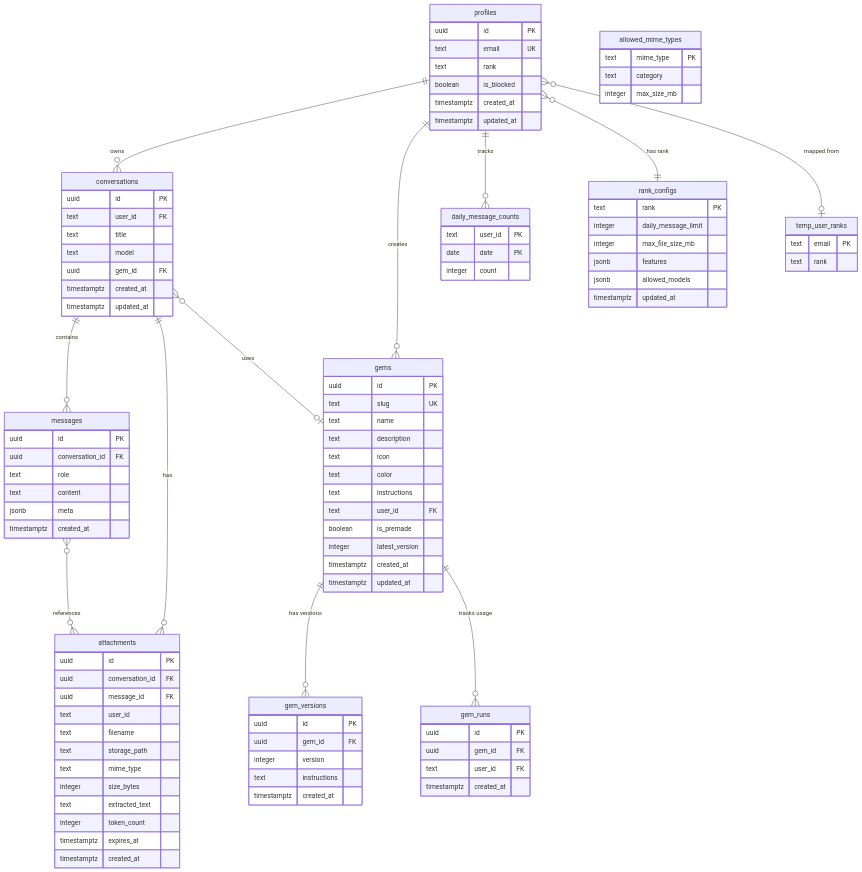
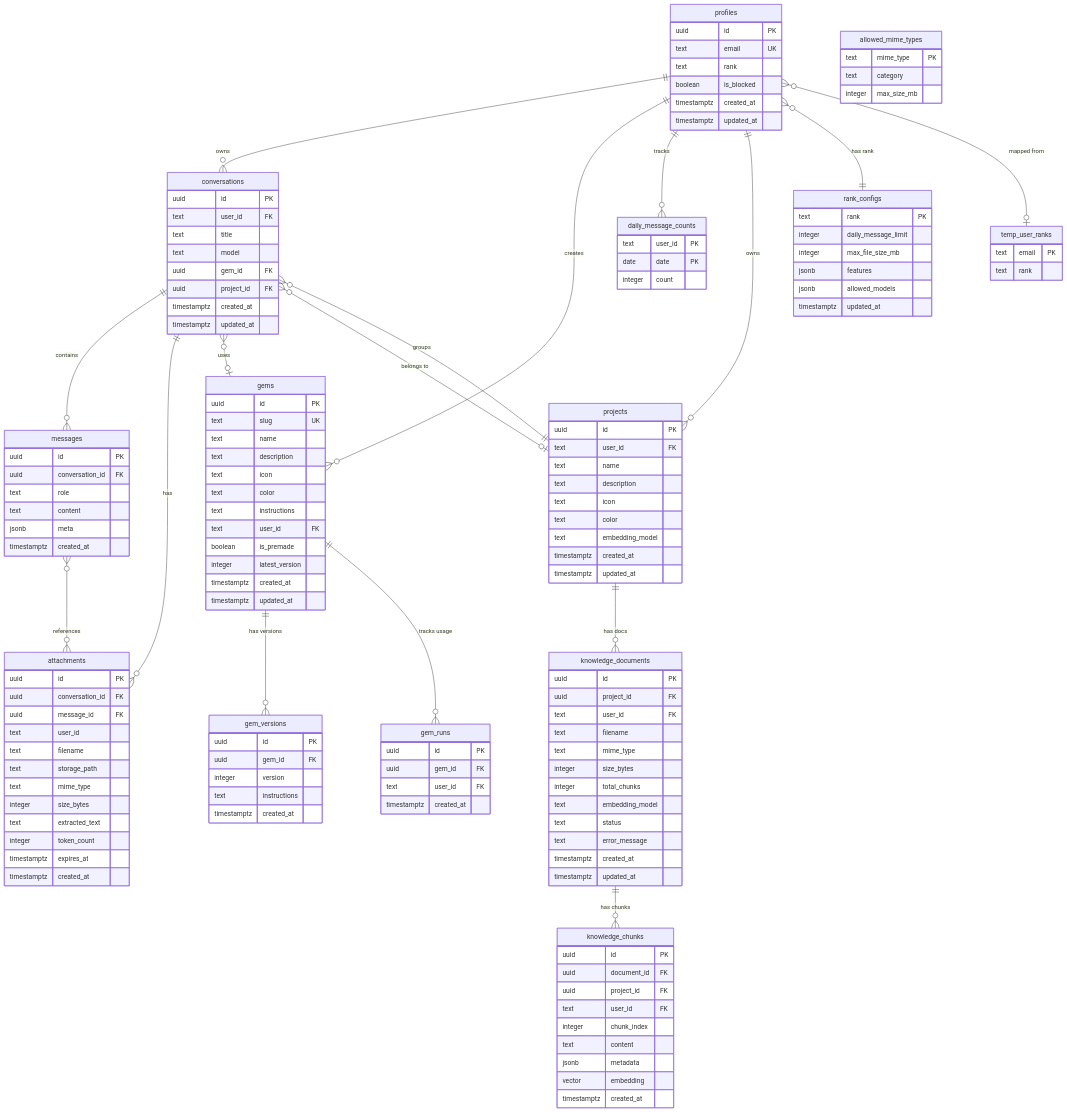
One commit to wyemhu12/vikini changed the diagram in docs/database-schema.md. Above: the diagram before and after it, drawn with Mermaid. The commit also changed other lines of this file and 41 other files, not shown here.

Commit message:
feat: initialize project documentation, agent workflow system, and streaming architecture utilities. Add Deepseek V4

````diff
--- a/docs/database-schema.md
+++ b/docs/database-schema.md
@@ -12,12 +12,14 @@
     profiles ||--o{ conversations : "owns"
     profiles ||--o{ gems : "creates"
     profiles ||--o{ daily_message_counts : "tracks"
+    profiles ||--o{ projects : "owns"
     profiles }o--|| rank_configs : "has rank"
     profiles }o--o| temp_user_ranks : "mapped from"
 
     conversations ||--o{ messages : "contains"
     conversations ||--o{ attachments : "has"
     conversations }o--o| gems : "uses"
+    conversations }o--o| projects : "belongs to"
 
     gems ||--o{ gem_versions : "has versions"
     gems ||--o{ gem_runs : "tracks usage"
@@ -48,6 +50,7 @@
         text title
         text model
         uuid gem_id FK
+        uuid project_id FK
         timestamptz created_at
         timestamptz updated_at
     }
@@ -122,4 +125,47 @@
         text category
         integer max_size_mb
     }
+
+    projects ||--o{ knowledge_documents : "has docs"
+    projects ||--o{ conversations : "groups"
+    knowledge_documents ||--o{ knowledge_chunks : "has chunks"
+
+    projects {
+        uuid id PK
+        text user_id FK
+        text name
+        text description
+        text icon
+        text color
+        text embedding_model
+        timestamptz created_at
+        timestamptz updated_at
+    }
+
+    knowledge_documents {
+        uuid id PK
+        uuid project_id FK
+        text user_id FK
+        text filename
+        text mime_type
+        integer size_bytes
+        integer total_chunks
+        text embedding_model
+        text status
+        text error_message
+        timestamptz created_at
+        timestamptz updated_at
+    }
+
+    knowledge_chunks {
+        uuid id PK
+        uuid document_id FK
+        uuid project_id FK
+        text user_id FK
+        integer chunk_index
+        text content
+        jsonb metadata
+        vector embedding
+        timestamptz created_at
+    }
 ```
````
